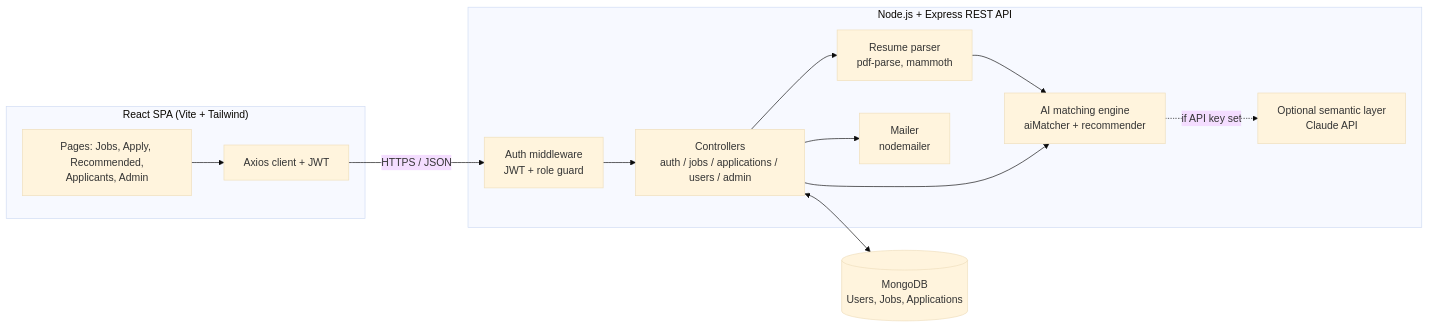
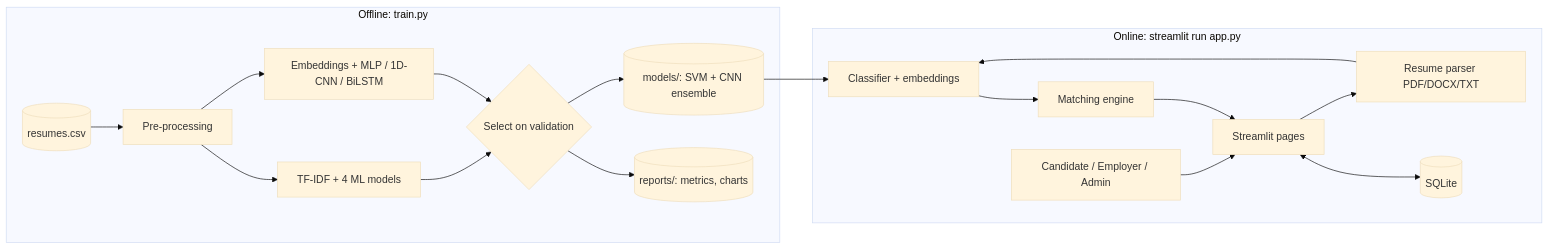
One commit to SamrudhiDubal/Samrudhi-Dubal changed the first of 2 diagrams in docs/PROJECT_REPORT.md. Above: the diagram before and after it, drawn with Mermaid (base theme). The commit also changed other lines of this file and 178 other files, not shown here.

````diff
--- a/docs/PROJECT_REPORT.md
+++ b/docs/PROJECT_REPORT.md
@@ -138,22 +113,21 @@
 ```mermaid
 flowchart LR
-    subgraph Client["React SPA (Vite + Tailwind)"]
-        UI[Pages: Jobs, Apply, Recommended,<br/>Applicants, Admin]
-        AX[Axios client + JWT]
+    subgraph Offline["Offline: train.py"]
+        D[(resumes.csv)] --> P[Pre-processing]
+        P --> ML[TF-IDF + 4 ML models]
+        P --> DL[Embeddings + MLP / 1D-CNN / BiLSTM]
+        ML --> S{Select on validation}
+        DL --> S
+        S --> M[(models/: SVM + CNN ensemble)]
+        S --> R[(reports/: metrics, charts)]
     end
-    subgraph Server["Node.js + Express REST API"]
-        MW[Auth middleware<br/>JWT + role guard]
-        CT[Controllers<br/>auth / jobs / applications / users / admin]
-        RP[Resume parser<br/>pdf-parse, mammoth]
-        AI[AI matching engine<br/>aiMatcher + recommender]
-        ML[Mailer<br/>nodemailer]
-        LLM[Optional semantic layer<br/>Claude API]
+    subgraph Online["Online: streamlit run app.py"]
+        U[Candidate / Employer / Admin] --> UI[Streamlit pages]
+        UI --> PR[Resume parser PDF/DOCX/TXT]
+        PR --> C[Classifier + embeddings]
+        C --> MT[Matching engine]
+        MT --> UI
+        UI <--> DB[(SQLite)]
     end
-    DB[(MongoDB<br/>Users, Jobs, Applications)]
-    UI --> AX -->|HTTPS / JSON| MW --> CT
-    CT --> RP --> AI
-    CT --> AI
-    CT --> ML
-    AI -. if API key set .-> LLM
-    CT <--> DB
+    M --> C
 ```
````
